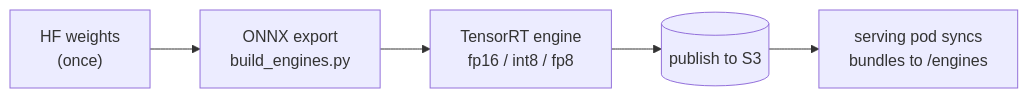
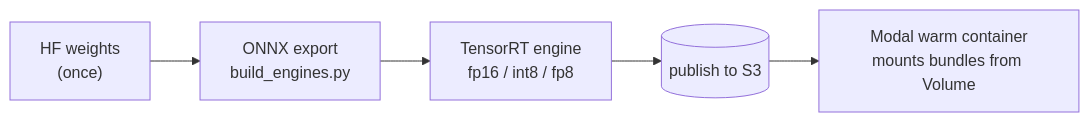
Before and after one commit to aqilmarwan/fastdiff: the fourth of 4 diagrams in README.md, drawn with Mermaid. The commit also changed other lines of this file, not shown here.

````diff
--- a/README.md
+++ b/README.md
@@ -242,7 +233,7 @@
 ```mermaid
 flowchart LR
     hf["HF weights<br/>(once)"] --> onnx["ONNX export<br/>build_engines.py"]
     onnx --> trt["TensorRT engine<br/>fp16 / int8 / fp8"]
     trt --> s3[("publish to S3")]
-    s3 --> sync["serving pod syncs<br/>bundles to /engines"]
+    s3 --> sync["Modal warm container<br/>mounts bundles from Volume"]
 ```
````
